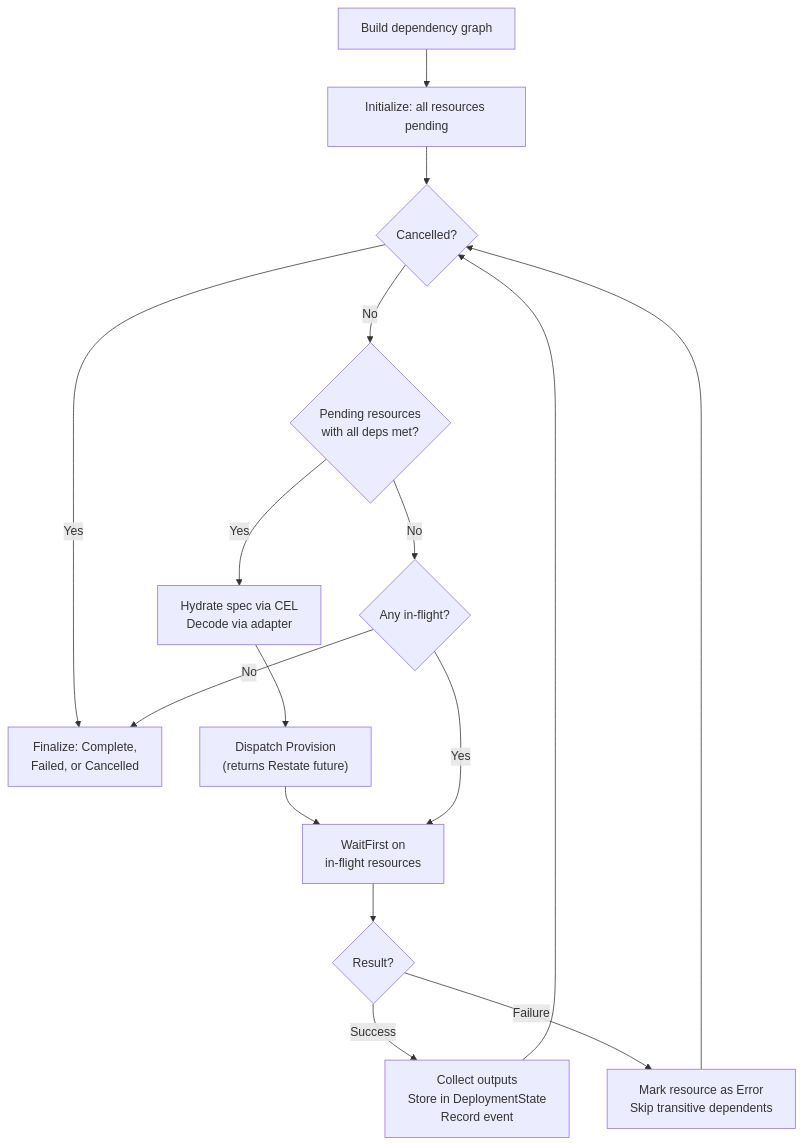
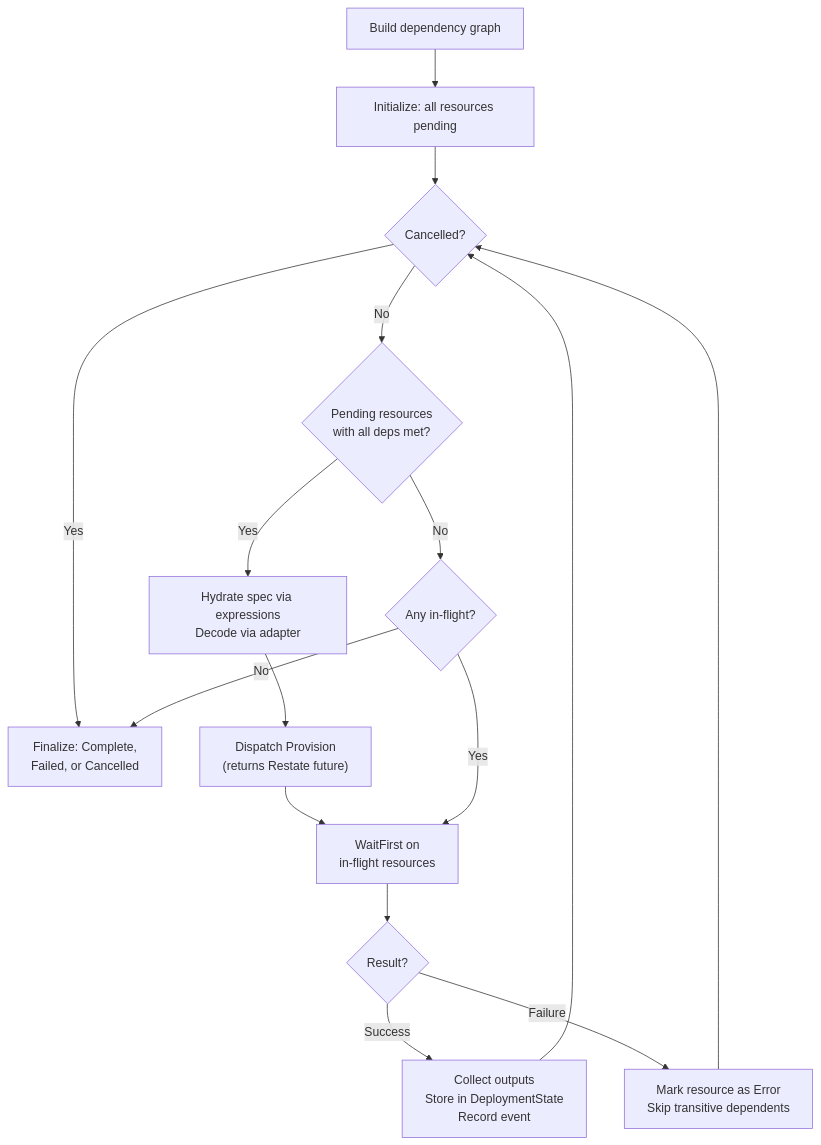
The second of 5 diagrams in docs/ORCHESTRATOR.md (shirvan/praxis), drawn with Mermaid before and after one commit. The commit also changed other lines of this file and 33 other files, not shown here.

````diff
--- a/docs/ORCHESTRATOR.md
+++ b/docs/ORCHESTRATOR.md
@@ -93,18 +93,18 @@
 ```mermaid
 flowchart TD
     A["Build dependency graph"] --> B["Initialize: all resources pending"]
     B --> C{"Cancelled?"}
     C -->|Yes| Final
     C -->|No| D{"Pending resources<br/>with all deps met?"}
-    D -->|Yes| E["Hydrate spec via CEL<br/>Decode via adapter"]
+    D -->|Yes| E["Hydrate spec via expressions<br/>Decode via adapter"]
     E --> F["Dispatch Provision<br/>(returns Restate future)"]
     F --> G["WaitFirst on<br/>in-flight resources"]
     D -->|No| H{"Any in-flight?"}
     H -->|Yes| G
     H -->|No| Final["Finalize: Complete,<br/>Failed, or Cancelled"]
     G --> I{"Result?"}
     I -->|Success| J["Collect outputs<br/>Store in DeploymentState<br/>Record event"]
     I -->|Failure| K["Mark resource as Error<br/>Skip transitive dependents"]
     J --> C
     K --> C
 ```
````
